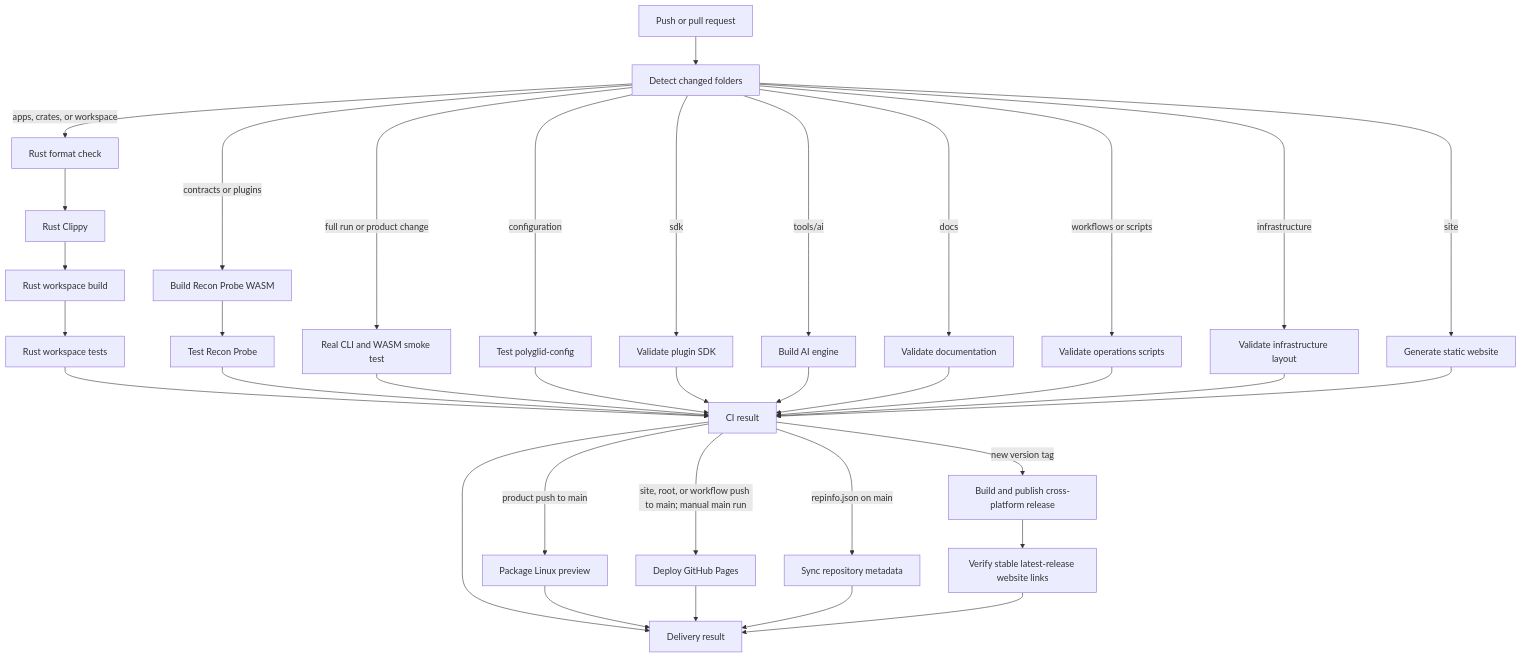
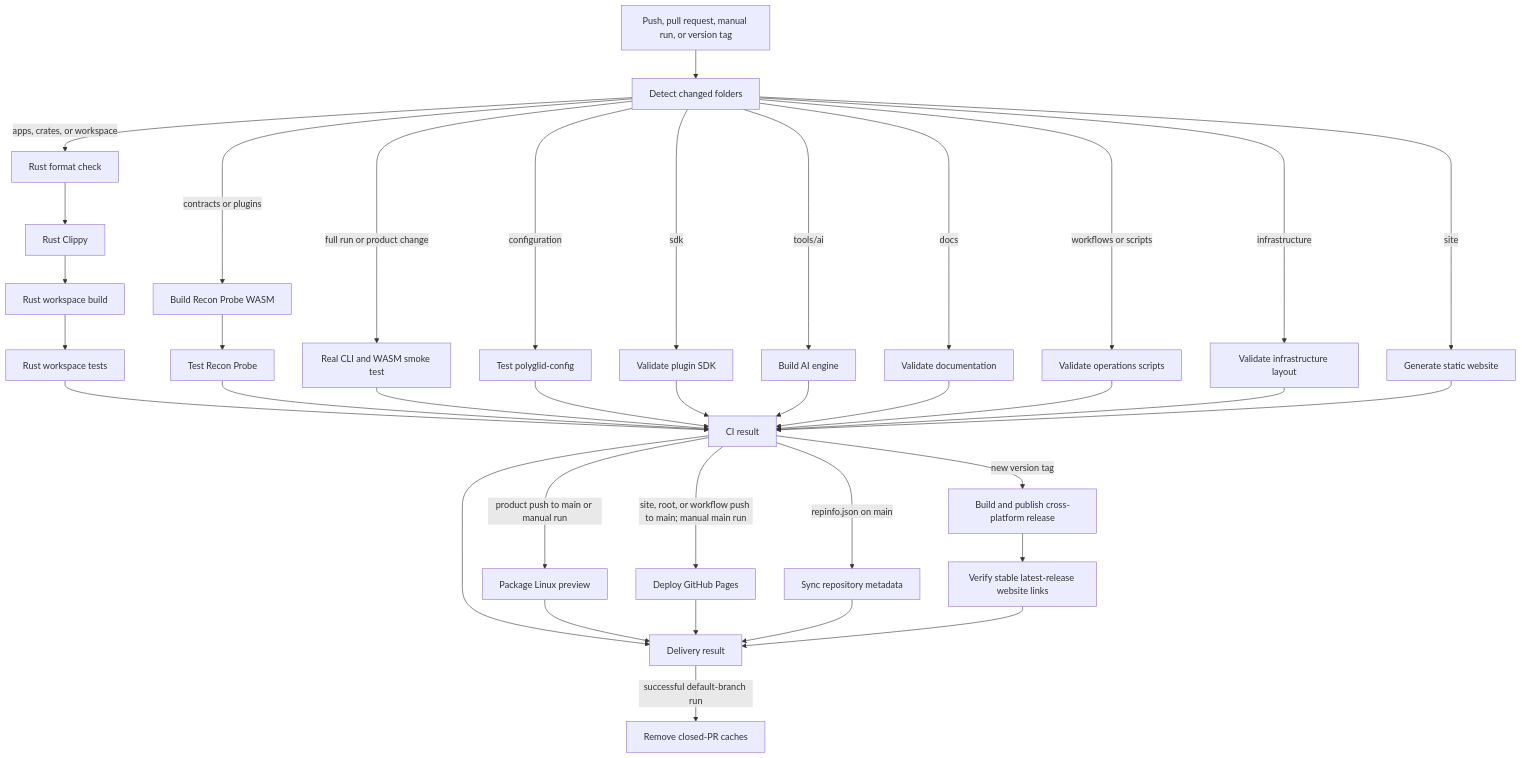
One commit to anonto42/poly.glid_security_workspace changed the third of 4 diagrams in docs/architecture/PROJECT_FLOW.md. Above: the diagram before and after it, drawn with Mermaid. The commit also changed other lines of this file and 60 other files, not shown here.

````diff
--- a/docs/architecture/PROJECT_FLOW.md
+++ b/docs/architecture/PROJECT_FLOW.md
@@ -66,44 +66,45 @@
 ```mermaid
 flowchart TD
-    Push[Push or pull request] --> Detect[Detect changed folders]
+    Event[Push, pull request, manual run, or version tag] --> Detect[Detect changed folders]
 
     Detect -->|apps, crates, or workspace| Format[Rust format check]
     Format --> Clippy[Rust Clippy]
     Clippy --> Build[Rust workspace build]
     Build --> Tests[Rust workspace tests]
 
     Detect -->|contracts or plugins| WasmBuild[Build Recon Probe WASM]
     WasmBuild --> WasmTest[Test Recon Probe]
 
     Detect -->|configuration| Config[Test polyglid-config]
     Detect -->|sdk| SDK[Validate plugin SDK]
     Detect -->|tools/ai| AI[Build AI engine]
     Detect -->|docs| Docs[Validate documentation]
     Detect -->|workflows or scripts| Ops[Validate operations scripts]
     Detect -->|infrastructure| Infra[Validate infrastructure layout]
 
     Detect -->|site| SiteBuild[Generate static website]
     Detect -->|full run or product change| Smoke[Real CLI and WASM smoke test]
 
     Tests --> Result[CI result]
     WasmTest --> Result
     Smoke --> Result
     Config --> Result
     SDK --> Result
     AI --> Result
     Docs --> Result
     Ops --> Result
     Infra --> Result
     SiteBuild --> Result
 
     Result --> DeliveryResult[Delivery result]
-    Result -->|product push to main| Preview[Package Linux preview]
+    Result -->|product push to main or manual run| Preview[Package Linux preview]
     Result -->|site, root, or workflow push to main; manual main run| Pages[Deploy GitHub Pages]
     Result -->|repinfo.json on main| Metadata[Sync repository metadata]
     Result -->|new version tag| Release[Build and publish cross-platform release]
     Release --> Latest[Verify stable latest-release website links]
     Preview --> DeliveryResult
     Pages --> DeliveryResult
     Metadata --> DeliveryResult
     Latest --> DeliveryResult
+    DeliveryResult -->|successful default-branch run| Cache[Remove closed-PR caches]
 ```
````
